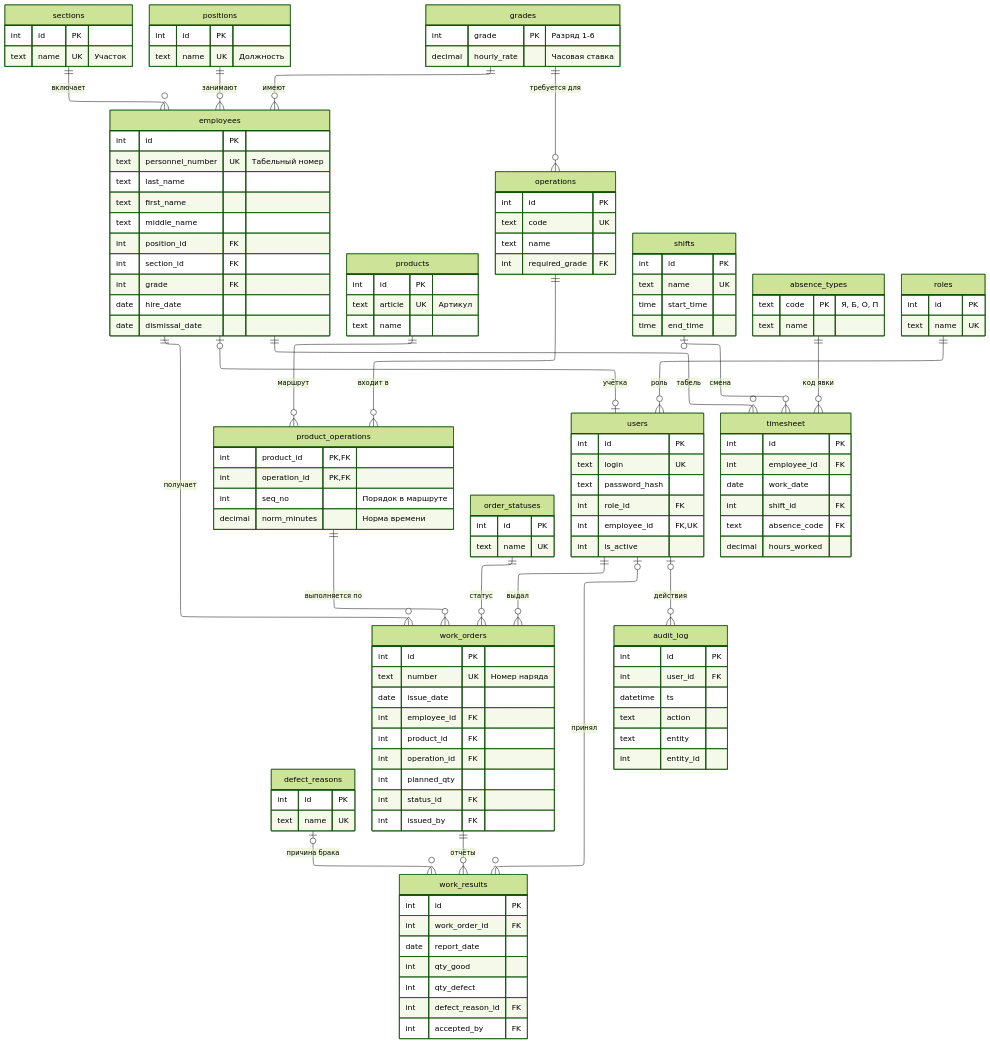
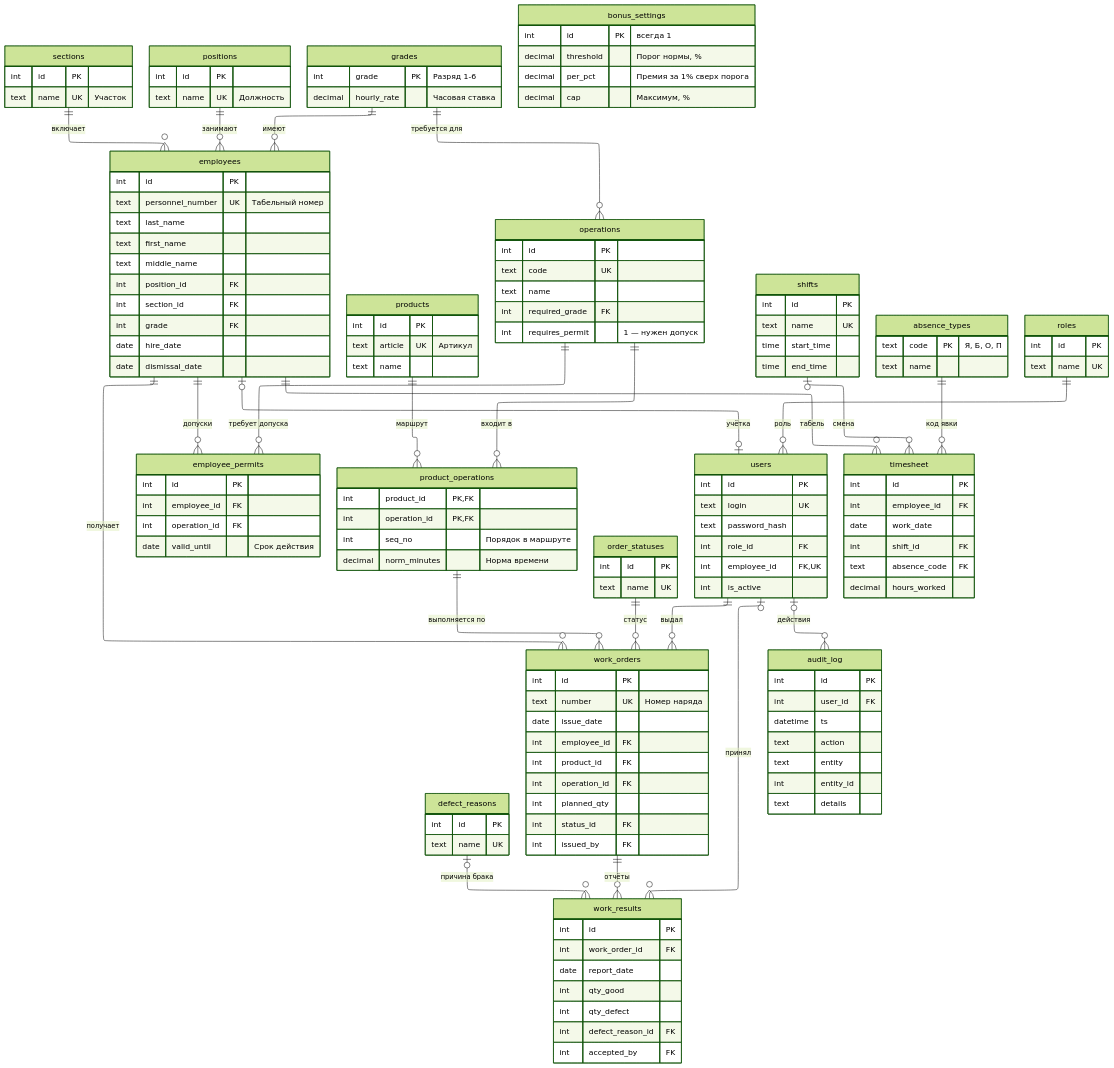
One commit to keshtoim/SborLine changed the diagram in docs/er-diagram.md. Above: the diagram before and after it, drawn with Mermaid (forest theme). The commit also changed 3 other files, not shown here.

First line of the commit message:
feat: схема допусков к операциям и условий премирования

````diff
--- a/docs/er-diagram.md
+++ b/docs/er-diagram.md
@@ -43,6 +43,19 @@
         text code UK
         text name
         int  required_grade FK
+        int  requires_permit "1 — нужен допуск"
+    }
+    employee_permits {
+        int  id PK
+        int  employee_id FK
+        int  operation_id FK
+        date valid_until "Срок действия"
+    }
+    bonus_settings {
+        int     id PK "всегда 1"
+        decimal threshold "Порог нормы, %"
+        decimal per_pct "Премия за 1% сверх порога"
+        decimal cap "Максимум, %"
     }
     product_operations {
         int     product_id PK, FK
@@ -115,6 +128,7 @@
         text     action
         text     entity
         int      entity_id
+        text     details
     }
 
     sections           ||--o{ employees          : "включает"
@@ -136,4 +150,6 @@
     roles              ||--o{ users              : "роль"
     employees          |o--o| users              : "учётка"
     users              |o--o{ audit_log          : "действия"
+    employees          ||--o{ employee_permits   : "допуски"
+    operations         ||--o{ employee_permits   : "требует допуска"
 ```
````
